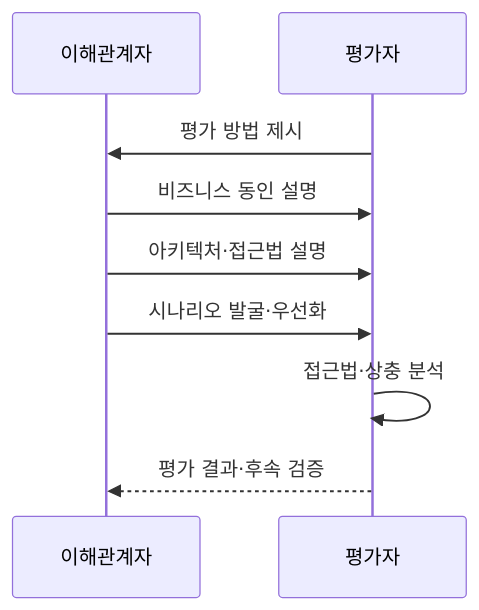
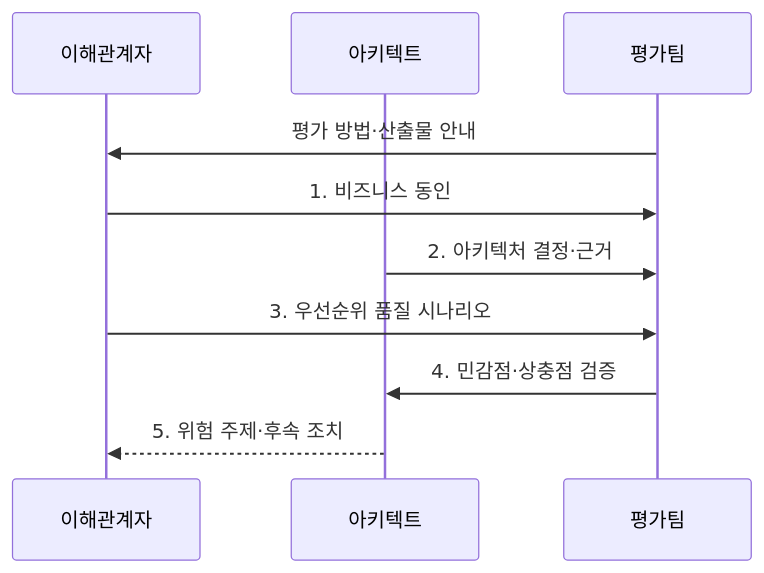
Before and after one commit to agnusdei1207/knowledge-base: the second of 2 diagrams in src/content/docs/notes/06-evaluation/037_atam_tradeoff_analysis.md, drawn with Mermaid. The commit also changed other lines of this file and 9 other files, not shown here.

````diff
--- a/src/content/docs/notes/06-evaluation/037_atam_tradeoff_analysis.md
+++ b/src/content/docs/notes/06-evaluation/037_atam_tradeoff_analysis.md
@@ -83,11 +86,12 @@
 ```mermaid
 sequenceDiagram
     participant S as 이해관계자
-    participant P as 평가자
-    P->>S: 평가 방법 제시
-    S->>P: 비즈니스 동인 설명
-    S->>P: 아키텍처·접근법 설명
-    S->>P: 시나리오 발굴·우선화
-    P->>P: 접근법·상충 분석
-    P-->>S: 평가 결과·후속 검증
+    participant A as 아키텍트
+    participant P as 평가팀
+    P->>S: 평가 방법·산출물 안내
+    S->>P: 1. 비즈니스 동인
+    A->>P: 2. 아키텍처 결정·근거
+    S->>P: 3. 우선순위 품질 시나리오
+    P->>A: 4. 민감점·상충점 검증
+    A-->>S: 5. 위험 주제·후속 조치
 ```
````
